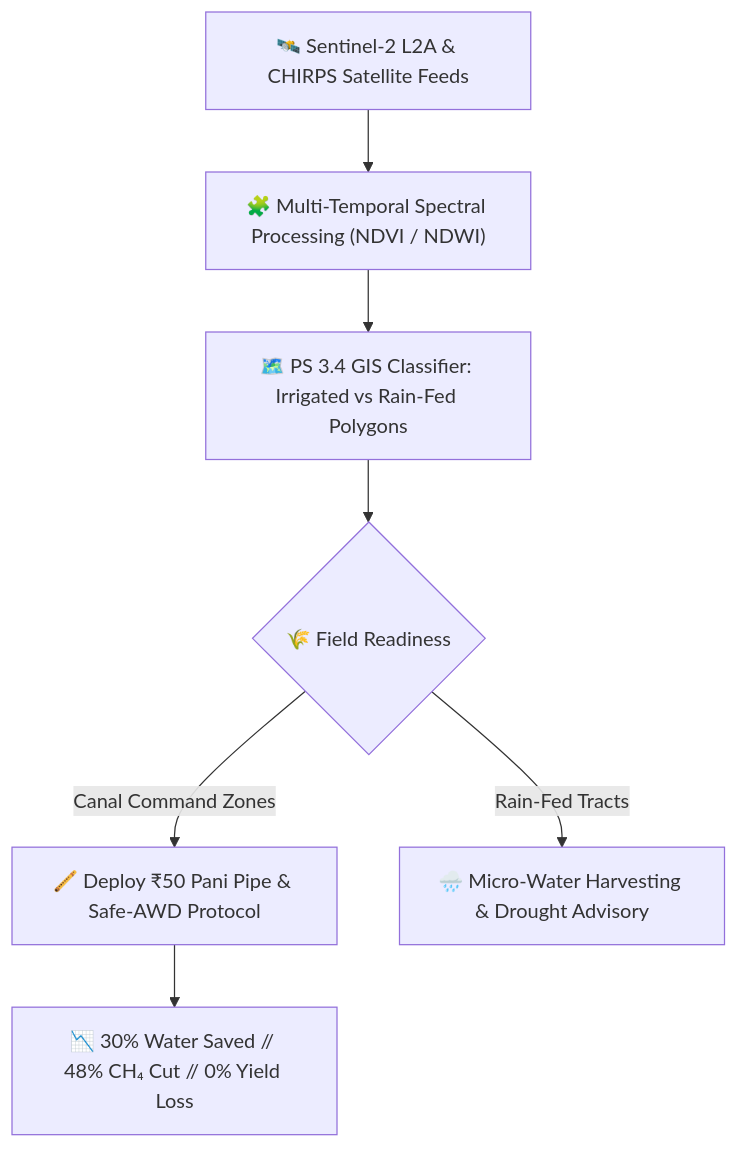
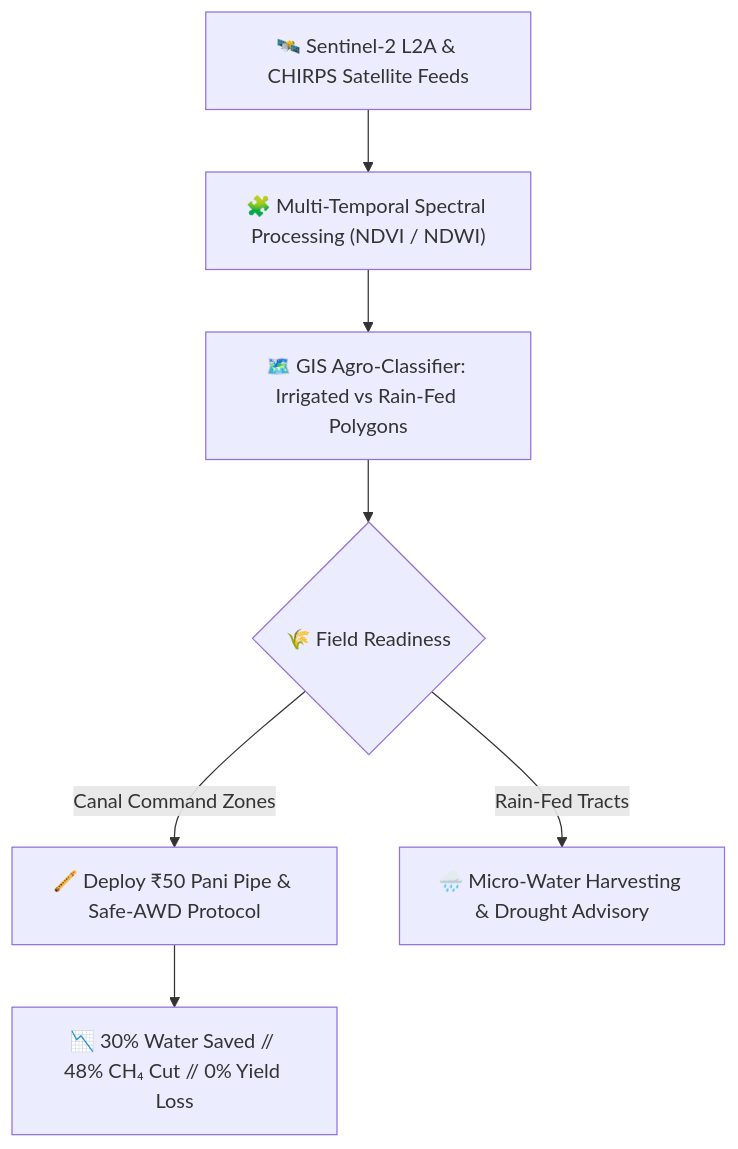
Before and after one commit to NITISH-027/awd-geoimpathon: the diagram in README.md, drawn with Mermaid. The commit also changed other lines of this file and 3 other files, not shown here.

````diff
--- a/README.md
+++ b/README.md
@@ -74,9 +74,9 @@
 ```mermaid
 graph TD
     A["🛰️ Sentinel-2 L2A & CHIRPS Satellite Feeds"] --> B["🧩 Multi-Temporal Spectral Processing (NDVI / NDWI)"]
-    B --> C["🗺️ PS 3.4 GIS Classifier: Irrigated vs Rain-Fed Polygons"]
+    B --> C["🗺️ GIS Agro-Classifier: Irrigated vs Rain-Fed Polygons"]
     C --> D{"🌾 Field Readiness"}
     D -->|"Canal Command Zones"| E["🪈 Deploy ₹50 Pani Pipe & Safe-AWD Protocol"]
     D -->|"Rain-Fed Tracts"| F["🌧️ Micro-Water Harvesting & Drought Advisory"]
     E --> G["📉 30% Water Saved // 48% CH₄ Cut // 0% Yield Loss"]
 ```
````
